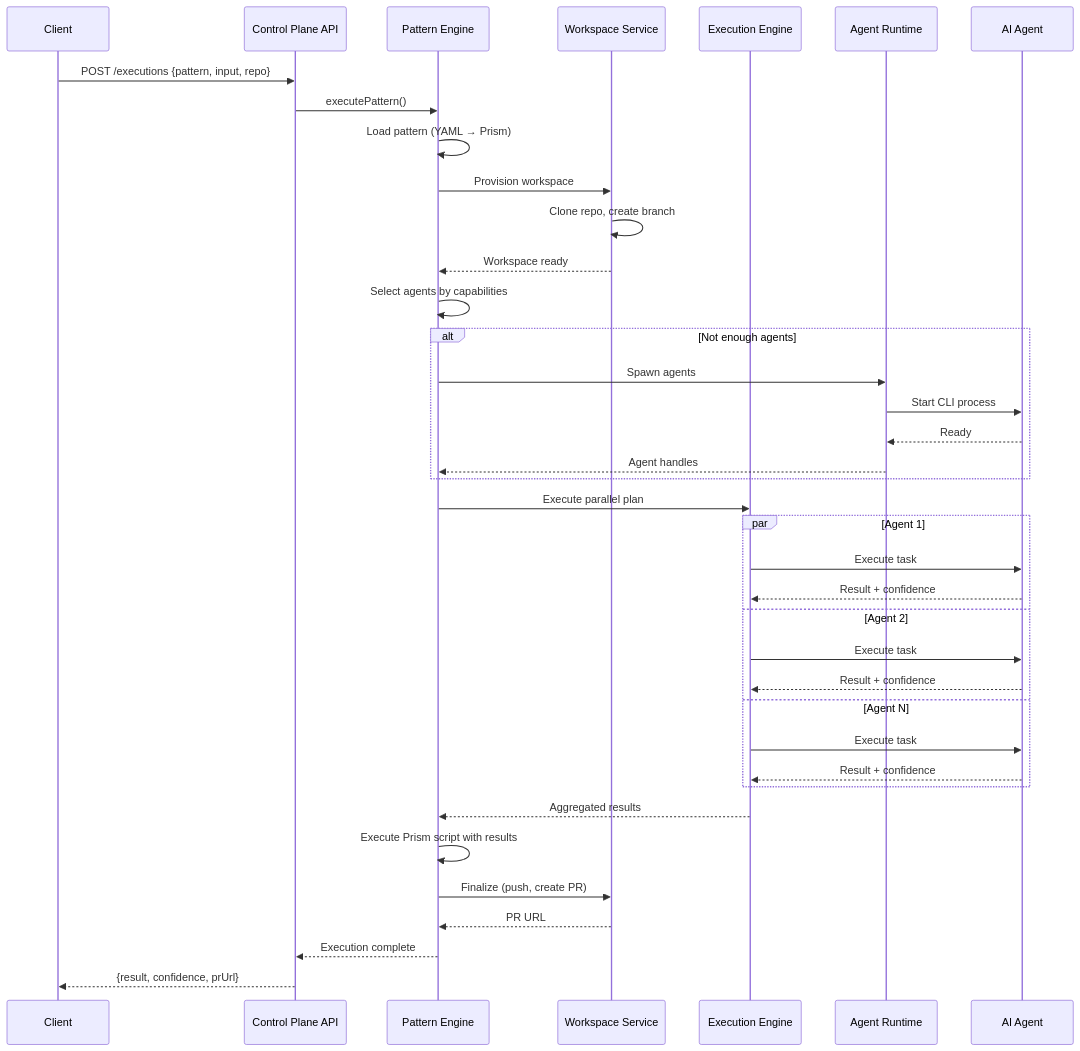
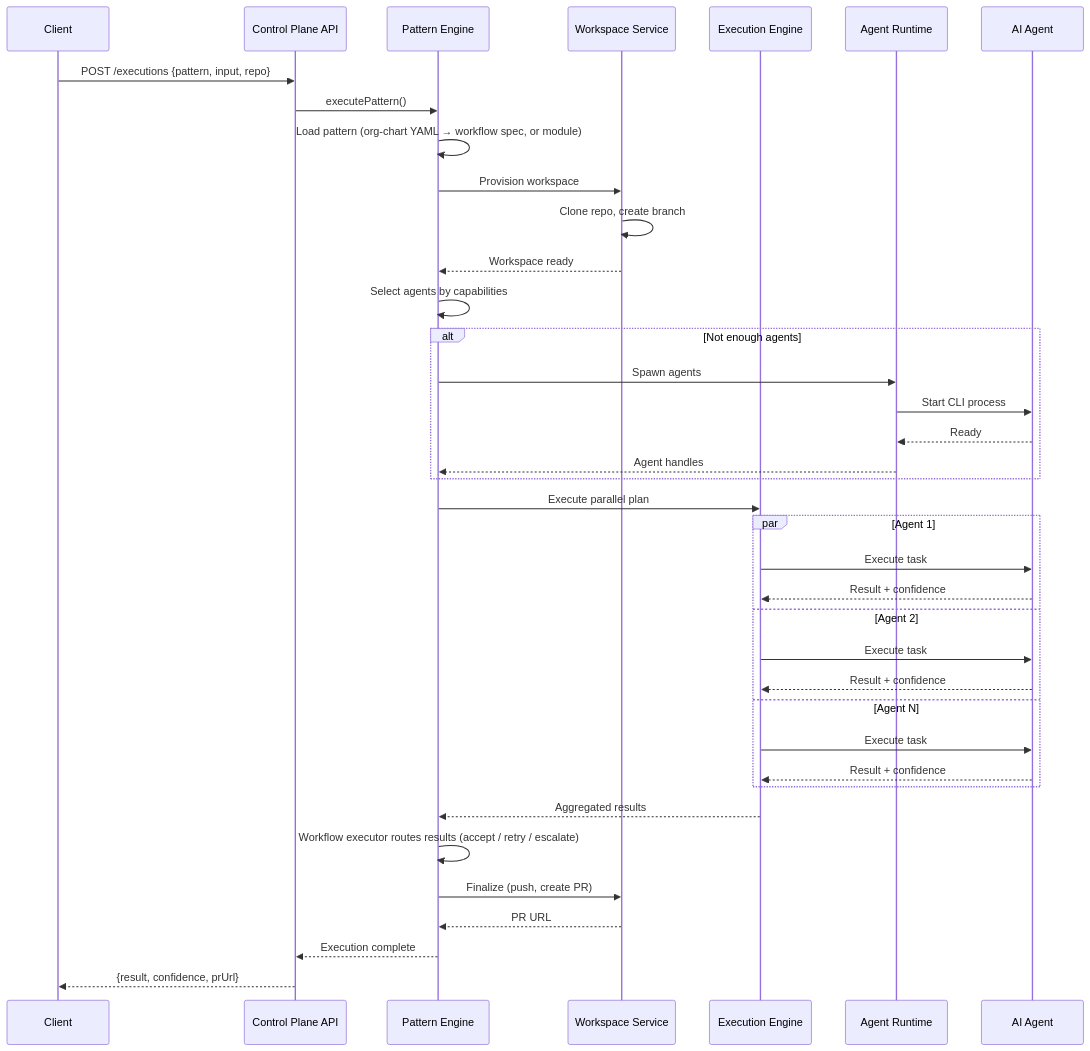
One commit to HaruHunab1320/parallax changed the second of 4 diagrams in apps/docs/docs/architecture/overview.md. Above: the diagram before and after it, drawn with Mermaid. The commit also changed other lines of this file and 33 other files, not shown here.

First line of the commit message:
docs: bring README, docs/, and docs site current with the architecture

````diff
--- a/apps/docs/docs/architecture/overview.md
+++ b/apps/docs/docs/architecture/overview.md
@@ -145,49 +146,49 @@
 ```mermaid
 sequenceDiagram
     participant Client
     participant API as Control Plane API
     participant PE as Pattern Engine
     participant WS as Workspace Service
     participant EE as Execution Engine
     participant RT as Agent Runtime
     participant Agent as AI Agent
 
     Client->>API: POST /executions {pattern, input, repo}
     API->>PE: executePattern()
 
-    PE->>PE: Load pattern (YAML → Prism)
+    PE->>PE: Load pattern (org-chart YAML → workflow spec, or module)
     PE->>WS: Provision workspace
     WS->>WS: Clone repo, create branch
     WS-->>PE: Workspace ready
 
     PE->>PE: Select agents by capabilities
 
     alt Not enough agents
         PE->>RT: Spawn agents
         RT->>Agent: Start CLI process
         Agent-->>RT: Ready
         RT-->>PE: Agent handles
     end
 
     PE->>EE: Execute parallel plan
 
     par Agent 1
         EE->>Agent: Execute task
         Agent-->>EE: Result + confidence
     and Agent 2
         EE->>Agent: Execute task
         Agent-->>EE: Result + confidence
     and Agent N
         EE->>Agent: Execute task
         Agent-->>EE: Result + confidence
     end
 
     EE-->>PE: Aggregated results
-    PE->>PE: Execute Prism script with results
+    PE->>PE: Workflow executor routes results (accept / retry / escalate)
 
     PE->>WS: Finalize (push, create PR)
     WS-->>PE: PR URL
 
     PE-->>API: Execution complete
     API-->>Client: {result, confidence, prUrl}
 ```
````
